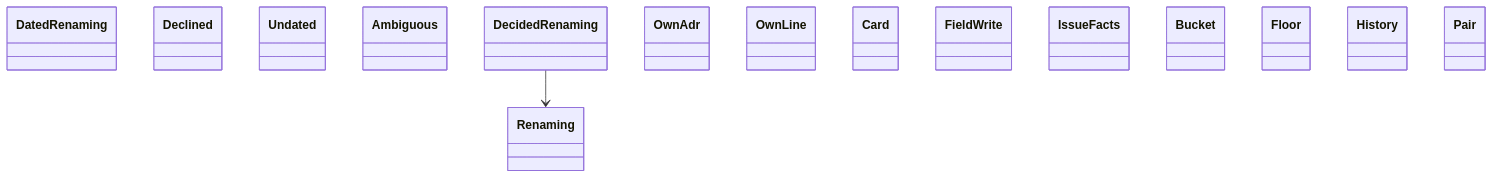
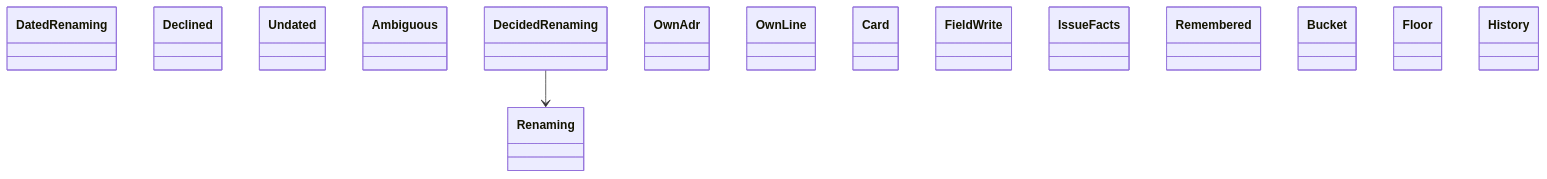
The diagram in docs/architecture/generated/classes-process-domain-landing-1.md (GonzaloZevallos/agentic-system), drawn with Mermaid before and after one commit. The commit also changed 19 other files, not shown here.

Commit message:
Move board_sync out of the lifecycle cluster so its diagram stays within budget

````diff
--- a/docs/architecture/generated/classes-process-domain-landing-1.md
+++ b/docs/architecture/generated/classes-process-domain-landing-1.md
@@ -34,19 +34,19 @@
 ```mermaid
 classDiagram
     class adr_dated__DatedRenaming["DatedRenaming"]
     class adr_dated__Declined["Declined"]
     class adr_dated__Undated["Undated"]
     class adr_numbers__Ambiguous["Ambiguous"]
     class adr_numbers__DecidedRenaming["DecidedRenaming"]
     class adr_numbers__OwnAdr["OwnAdr"]
     class adr_numbers__OwnLine["OwnLine"]
     class adr_numbers__Renaming["Renaming"]
     class board__Card["Card"]
     class board__FieldWrite["FieldWrite"]
     class board__IssueFacts["IssueFacts"]
+    class board__Remembered["Remembered"]
     class cost_history__Bucket["Bucket"]
     class cost_history__Floor["Floor"]
     class cost_history__History["History"]
-    class cost_history__Pair["Pair"]
     adr_numbers__DecidedRenaming --> adr_numbers__Renaming
 ```
````
